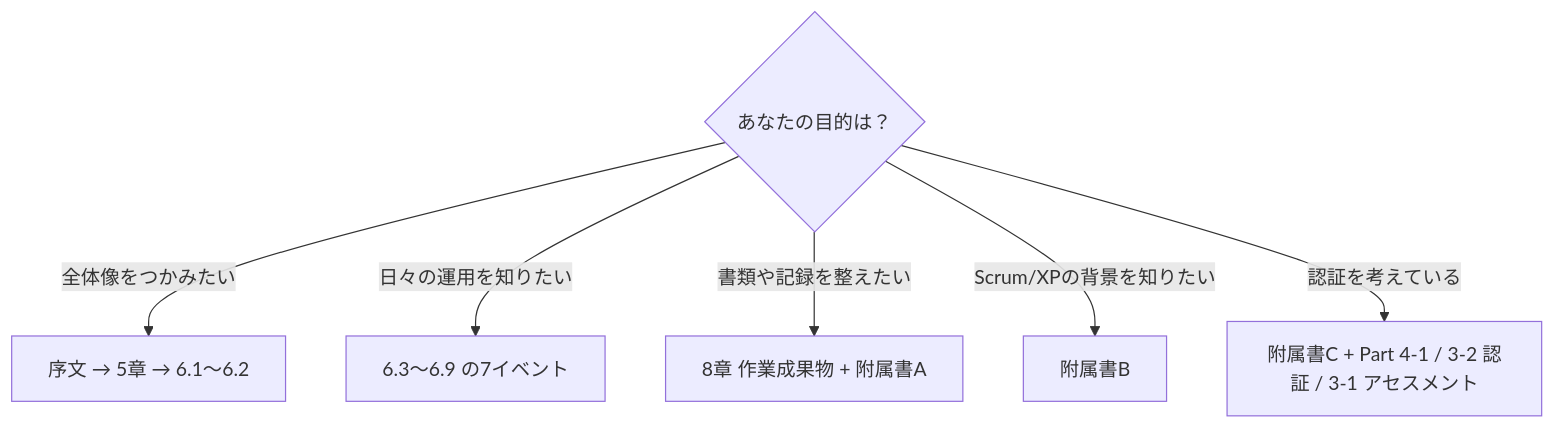
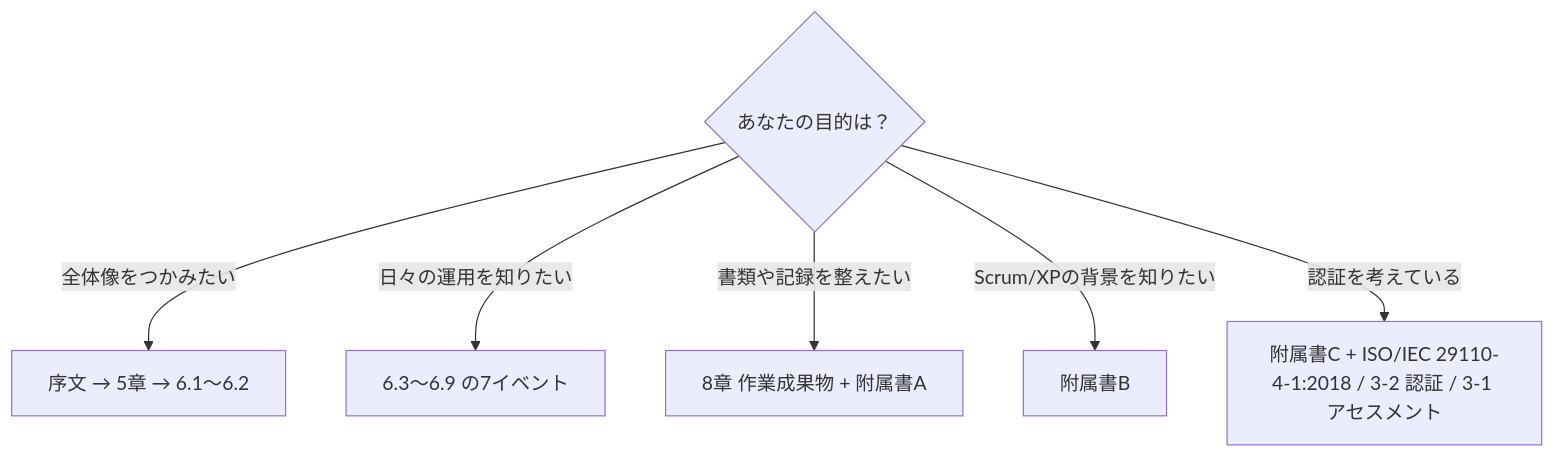
The fourth of 10 diagrams in Iso-iec-29110-5-4-2025-beginner-guide.md (myoshi2891/Quality-Assurance-Studies), drawn with Mermaid before and after one commit. The commit also changed other lines of this file and 2 other files, not shown here.

Commit message:
docs(iso-29110): ISO/IEC 29110 シリーズガイドの規格番号明記および最新動向の反映

````diff
--- a/Iso-iec-29110-5-4-2025-beginner-guide.md
+++ b/Iso-iec-29110-5-4-2025-beginner-guide.md
@@ -149,9 +149,9 @@
 ```mermaid
 flowchart TD
   Q{"あなたの目的は？"}
   Q -->|"全体像をつかみたい"| A["序文 → 5章 → 6.1〜6.2"]
   Q -->|"日々の運用を知りたい"| B["6.3〜6.9 の7イベント"]
   Q -->|"書類や記録を整えたい"| C["8章 作業成果物 + 附属書A"]
   Q -->|"Scrum/XPの背景を知りたい"| D["附属書B"]
-  Q -->|"認証を考えている"| E["附属書C + Part 4-1 / 3-2 認証 / 3-1 アセスメント"]
+  Q -->|"認証を考えている"| E["附属書C + ISO/IEC 29110-4-1:2018 / 3-2 認証 / 3-1 アセスメント"]
 ```
````
